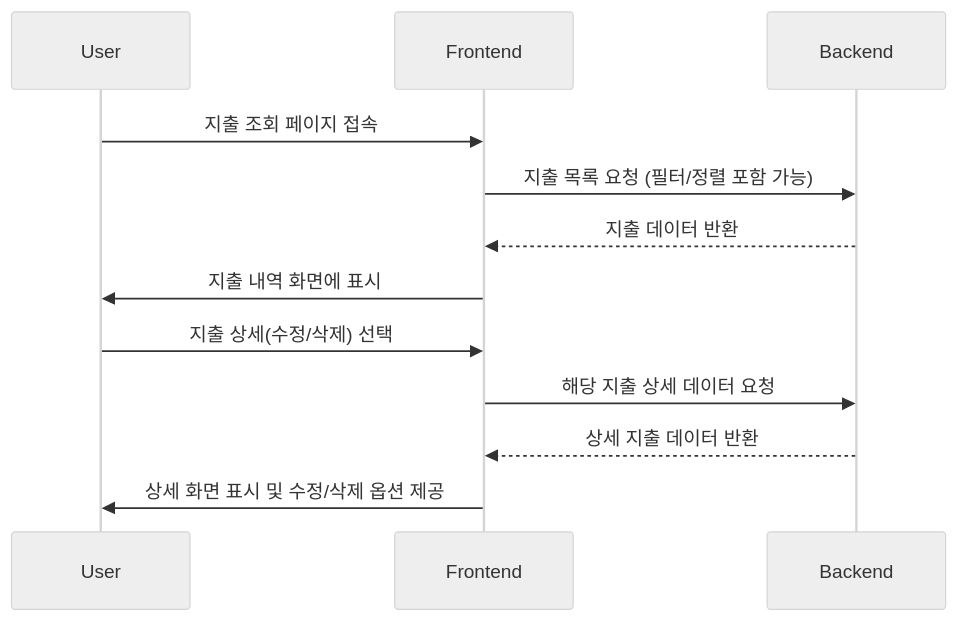
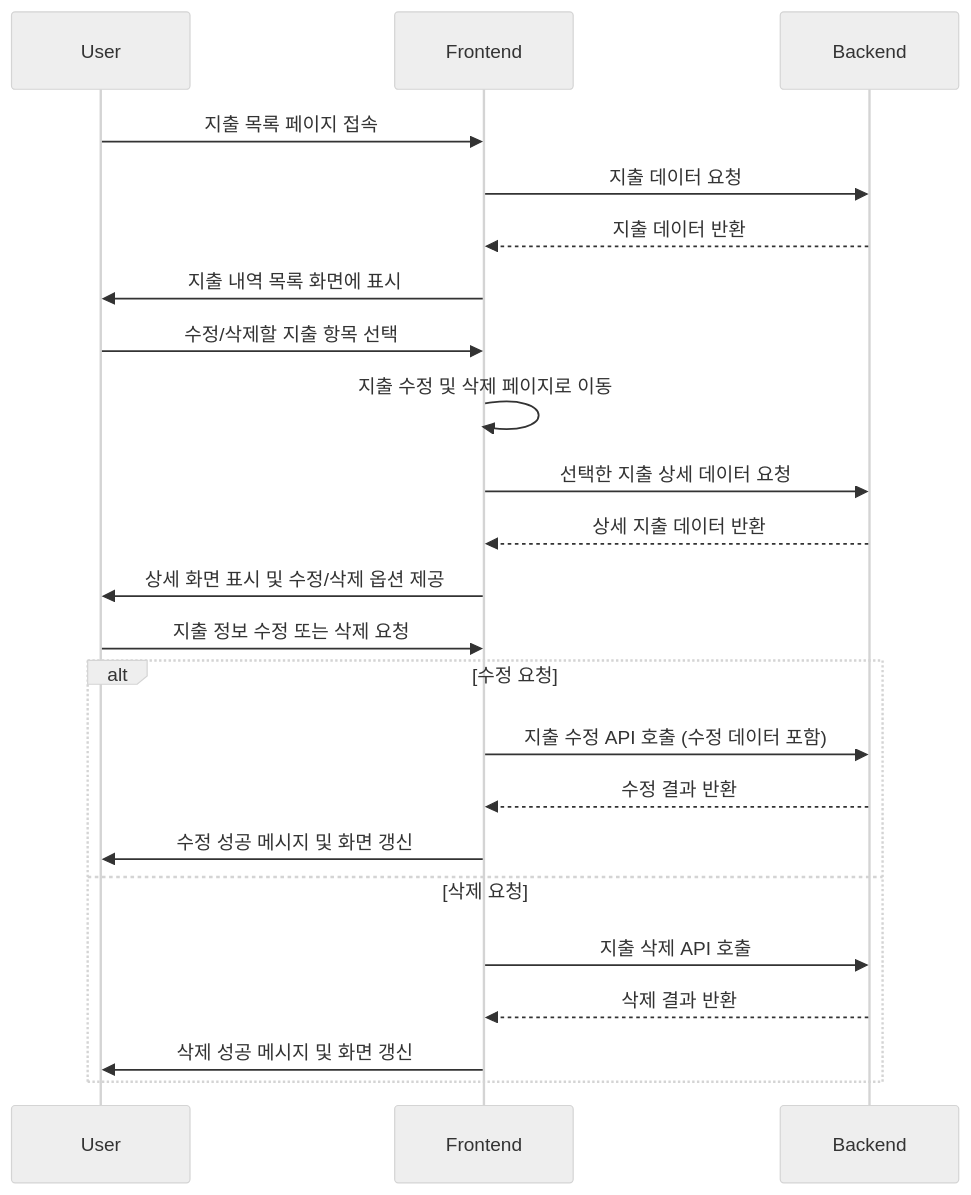
The fifth of 8 diagrams in README.md (pudding-toy-5/blinkit-fe), drawn with Mermaid (neutral theme) before and after one commit. The commit also changed other lines of this file, not shown here.

Commit message:
docs: update sequenceDiagram in 지출 수정 및 삭제

````diff
--- a/README.md
+++ b/README.md
@@ -159,15 +152,27 @@
 ```mermaid
 sequenceDiagram
   participant User
   participant Frontend
   participant Backend
 
-  User->>Frontend: 지출 조회 페이지 접속
-  Frontend->>Backend: 지출 목록 요청 (필터/정렬 포함 가능)
+  User->>Frontend: 지출 목록 페이지 접속
+  Frontend->>Backend: 지출 데이터 요청
   Backend-->>Frontend: 지출 데이터 반환
-  Frontend->>User: 지출 내역 화면에 표시
-  User->>Frontend: 지출 상세(수정/삭제) 선택
-  Frontend->>Backend: 해당 지출 상세 데이터 요청
+  Frontend->>User: 지출 내역 목록 화면에 표시
+  User->>Frontend: 수정/삭제할 지출 항목 선택
+  Frontend->>Frontend: 지출 수정 및 삭제 페이지로 이동
+  Frontend->>Backend: 선택한 지출 상세 데이터 요청
   Backend-->>Frontend: 상세 지출 데이터 반환
   Frontend->>User: 상세 화면 표시 및 수정/삭제 옵션 제공
+
+  User->>Frontend: 지출 정보 수정 또는 삭제 요청
+  alt 수정 요청
+    Frontend->>Backend: 지출 수정 API 호출 (수정 데이터 포함)
+    Backend-->>Frontend: 수정 결과 반환
+    Frontend->>User: 수정 성공 메시지 및 화면 갱신
+  else 삭제 요청
+    Frontend->>Backend: 지출 삭제 API 호출
+    Backend-->>Frontend: 삭제 결과 반환
+    Frontend->>User: 삭제 성공 메시지 및 화면 갱신
+  end
 ```
````
